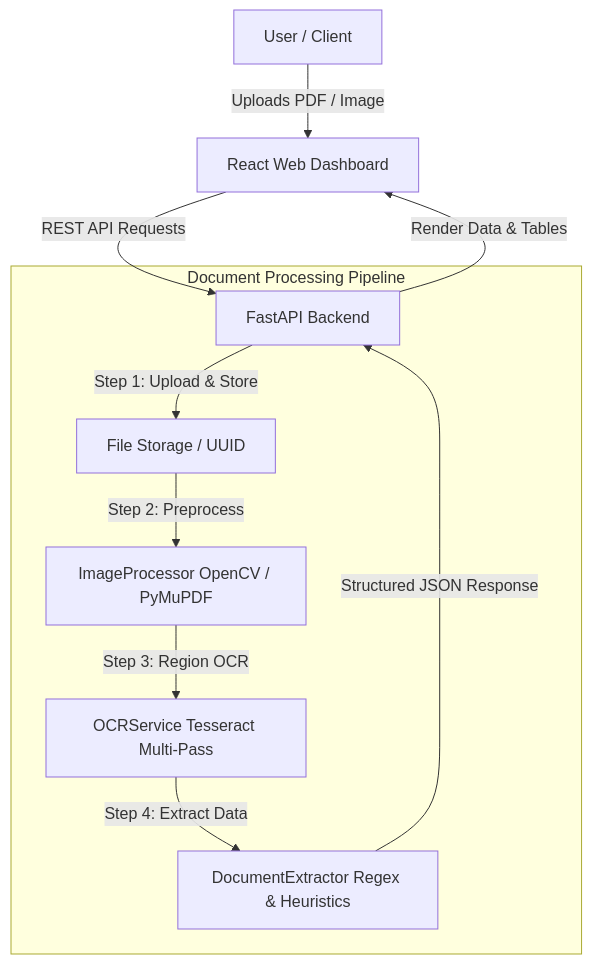
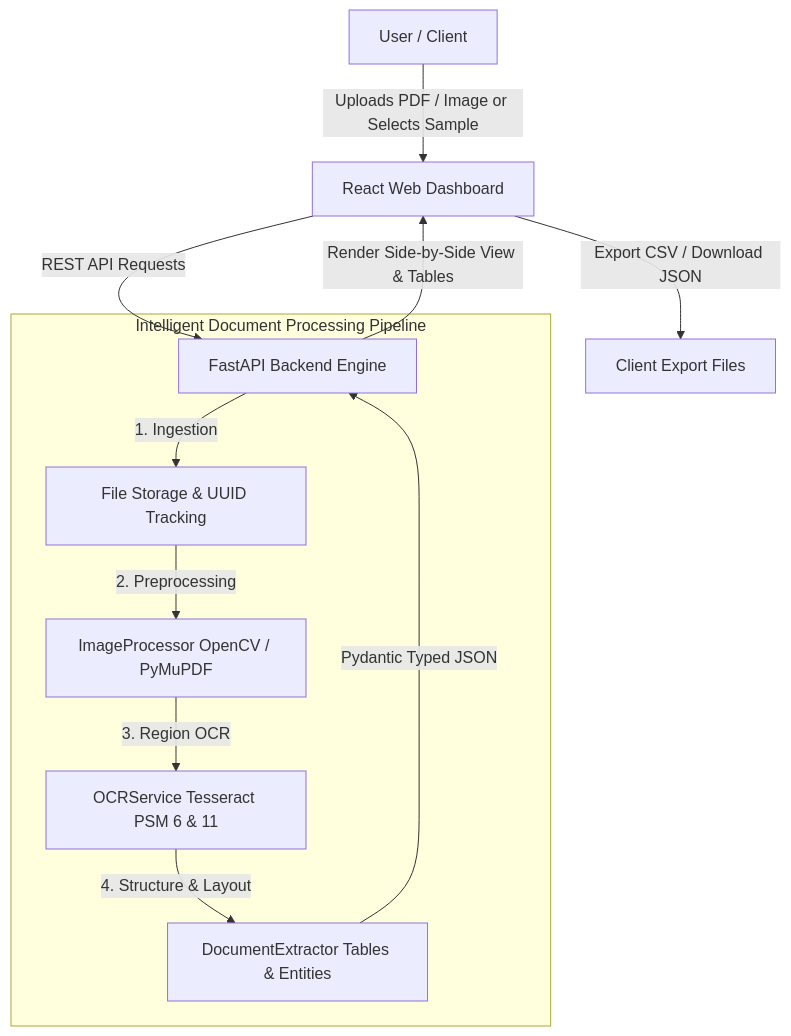
Before and after one commit to JaiAkash-CodesIO/DocuVoice: the diagram in README.md, drawn with Mermaid. The commit also changed other lines of this file and 32 other files, not shown here.

````diff
--- a/README.md
+++ b/README.md
@@ -49,15 +64,16 @@
 ```mermaid
 flowchart TD
-    A[User / Client] -->|Uploads PDF / Image| B[React Web Dashboard]
-    B -->|REST API Requests| C[FastAPI Backend]
+    A[User / Client] -->|Uploads PDF / Image or Selects Sample| B[React Web Dashboard]
+    B -->|REST API Requests| C[FastAPI Backend Engine]
     
-    subgraph Pipeline [Document Processing Pipeline]
-        C -->|Step 1: Upload & Store| D[File Storage / UUID]
-        D -->|Step 2: Preprocess| E[ImageProcessor OpenCV / PyMuPDF]
-        E -->|Step 3: Region OCR| F[OCRService Tesseract Multi-Pass]
-        F -->|Step 4: Extract Data| G[DocumentExtractor Regex & Heuristics]
+    subgraph Pipeline [Intelligent Document Processing Pipeline]
+        C -->|1. Ingestion| D[File Storage & UUID Tracking]
+        D -->|2. Preprocessing| E[ImageProcessor OpenCV / PyMuPDF]
+        E -->|3. Region OCR| F[OCRService Tesseract PSM 6 & 11]
+        F -->|4. Structure & Layout| G[DocumentExtractor Tables & Entities]
     end
     
-    G -->|Structured JSON Response| C
-    C -->|Render Data & Tables| B
+    G -->|Pydantic Typed JSON| C
+    C -->|Render Side-by-Side View & Tables| B
+    B -->|Export CSV / Download JSON| H[Client Export Files]
 ```
````
